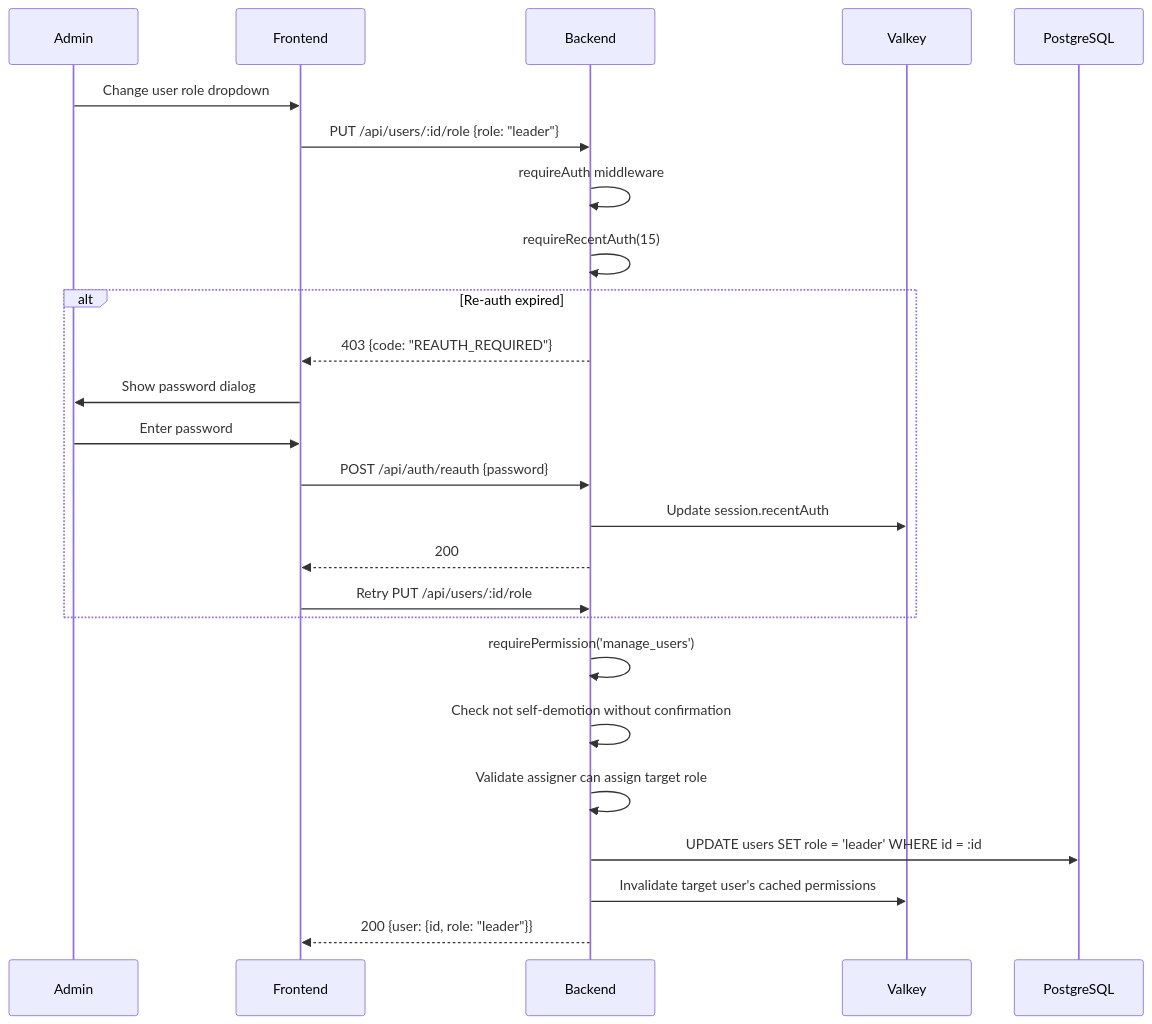
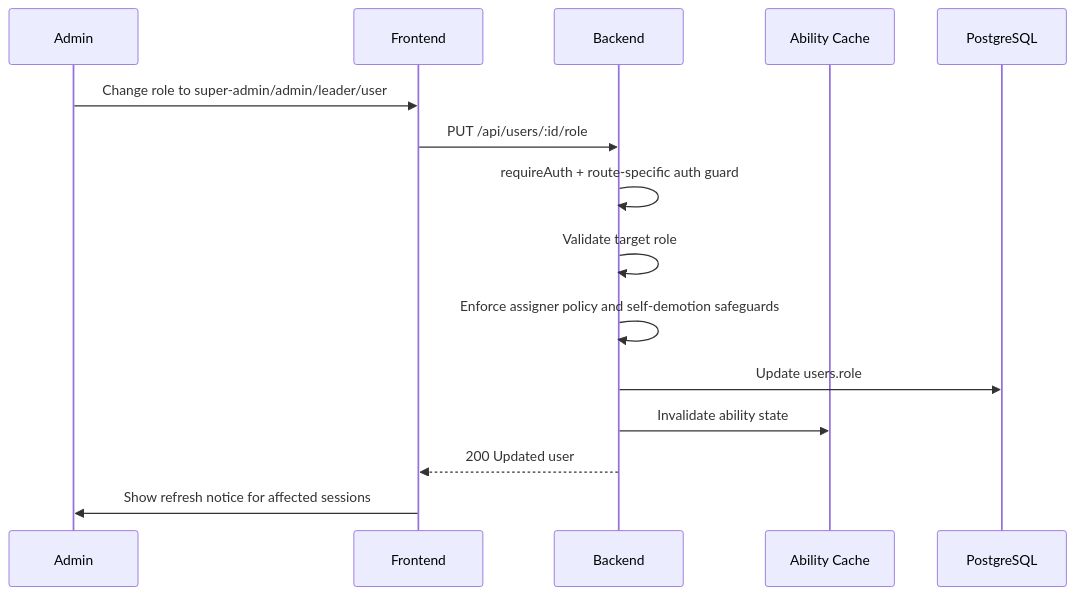
The second of 4 diagrams in docs/detail-design/user-team/user-management-detail.md (b-knowledge-solution/b-knowledge), drawn with Mermaid before and after one commit. The commit also changed other lines of this file and 2 other files, not shown here.

First line of the commit message:
docs(09-04): rewrite user and team permission flows

````diff
--- a/docs/detail-design/user-team/user-management-detail.md
+++ b/docs/detail-design/user-team/user-management-detail.md
@@ -48,32 +41,18 @@
 ```mermaid
 sequenceDiagram
     participant Admin
-    participant Frontend
-    participant Backend
-    participant Valkey
+    participant FE as Frontend
+    participant BE as Backend
+    participant Cache as Ability Cache
     participant DB as PostgreSQL
 
-    Admin->>Frontend: Change user role dropdown
-    Frontend->>Backend: PUT /api/users/:id/role {role: "leader"}
-
-    Backend->>Backend: requireAuth middleware
-    Backend->>Backend: requireRecentAuth(15)
-
-    alt Re-auth expired
-        Backend-->>Frontend: 403 {code: "REAUTH_REQUIRED"}
-        Frontend->>Admin: Show password dialog
-        Admin->>Frontend: Enter password
-        Frontend->>Backend: POST /api/auth/reauth {password}
-        Backend->>Valkey: Update session.recentAuth
-        Backend-->>Frontend: 200
-        Frontend->>Backend: Retry PUT /api/users/:id/role
-    end
-
-    Backend->>Backend: requirePermission('manage_users')
-    Backend->>Backend: Check not self-demotion without confirmation
-    Backend->>Backend: Validate assigner can assign target role
-
-    Backend->>DB: UPDATE users SET role = 'leader' WHERE id = :id
-    Backend->>Valkey: Invalidate target user's cached permissions
-    Backend-->>Frontend: 200 {user: {id, role: "leader"}}
+    Admin->>FE: Change role to super-admin/admin/leader/user
+    FE->>BE: PUT /api/users/:id/role
+    BE->>BE: requireAuth + route-specific auth guard
+    BE->>BE: Validate target role
+    BE->>BE: Enforce assigner policy and self-demotion safeguards
+    BE->>DB: Update users.role
+    BE->>Cache: Invalidate ability state
+    BE-->>FE: 200 Updated user
+    FE->>Admin: Show refresh notice for affected sessions
 ```
````
